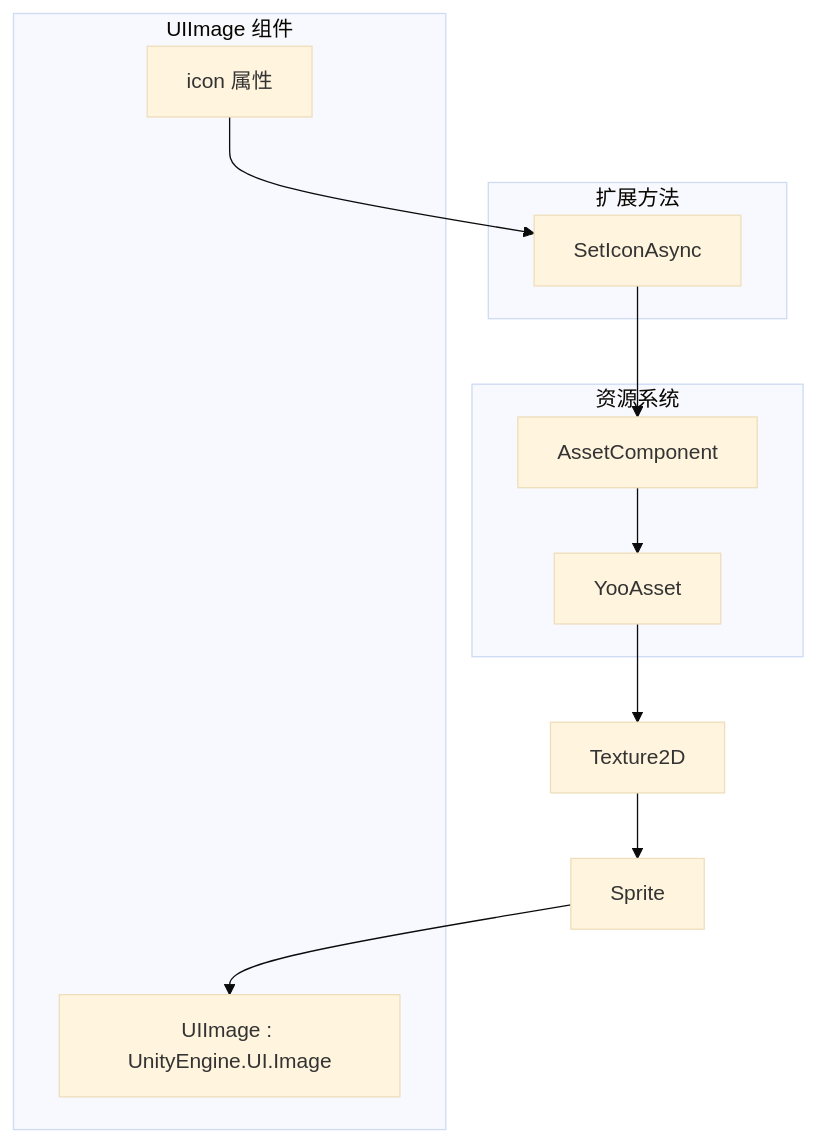
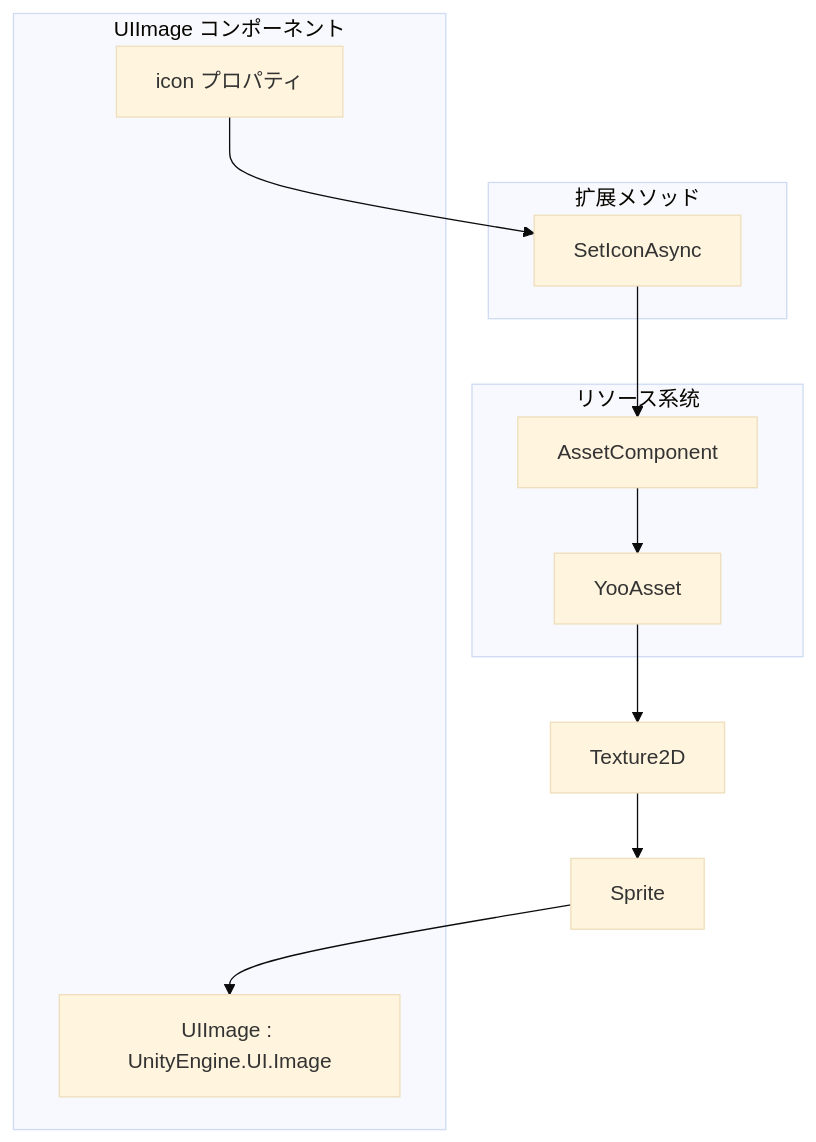
Before and after one commit to AlianBlank/GameFrameX.Docs: the first of 3 diagrams in docs/ja/client/unity/component/ui-ugui/09.uiimage.md, drawn with Mermaid (base theme). The commit also changed other lines of this file and 603 other files, not shown here.

````diff
--- a/docs/ja/client/unity/component/ui-ugui/09.uiimage.md
+++ b/docs/ja/client/unity/component/ui-ugui/09.uiimage.md
@@ -19,23 +19,23 @@
 ```mermaid
 flowchart TD
-    subgraph UIImage["UIImage 组件"]
+    subgraph UIImage["UIImage コンポーネント"]
         UIImageClass["UIImage : UnityEngine.UI.Image"]
-        IconProperty["icon 属性"]
+        IconProperty["icon プロパティ"]
     end
 
-    subgraph Extension["扩展方法"]
+    subgraph Extension["扩展メソッド"]
         SetIconAsync["SetIconAsync"]
     end
 
-    subgraph AssetSystem["资源系统"]
+    subgraph AssetSystem["リソース系统"]
         AssetComponent["AssetComponent"]
         YooAsset["YooAsset"]
     end
 
     IconProperty --> SetIconAsync
     SetIconAsync --> AssetComponent
     AssetComponent --> YooAsset
     YooAsset --> Texture["Texture2D"]
     Texture --> Sprite["Sprite"]
     Sprite --> UIImageClass
 ```
````
